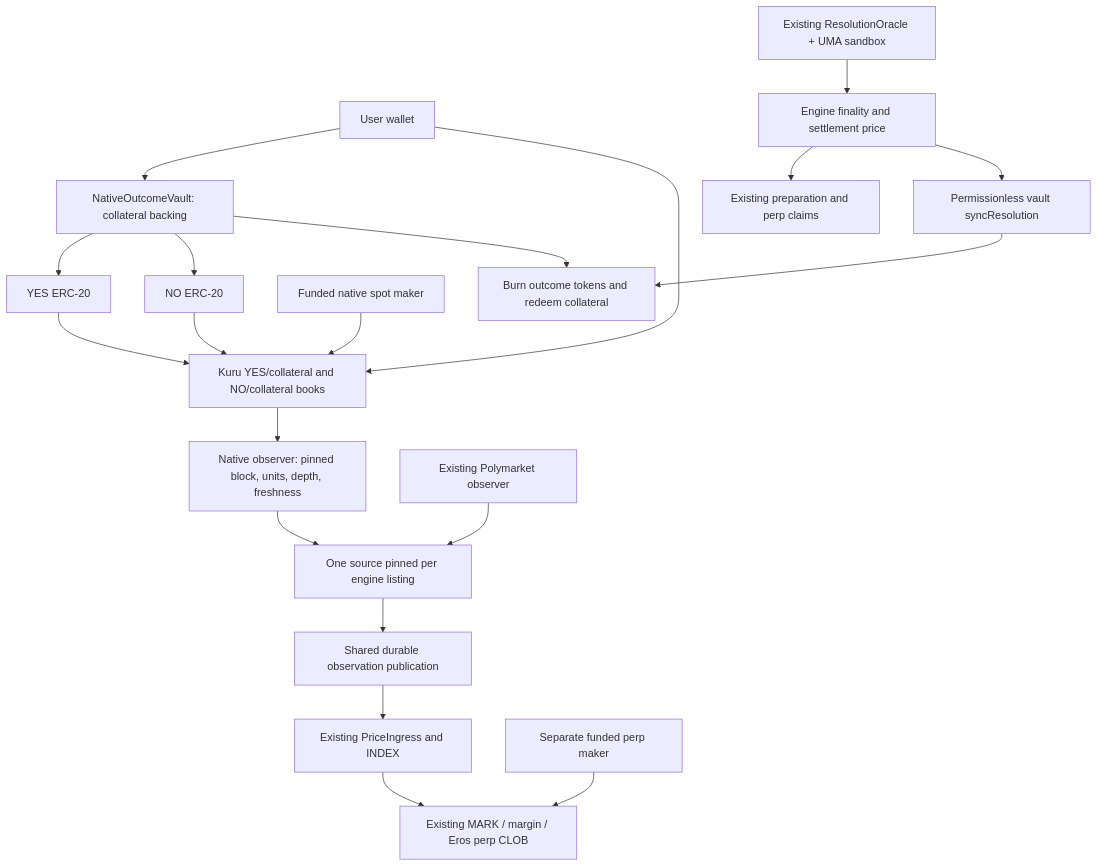
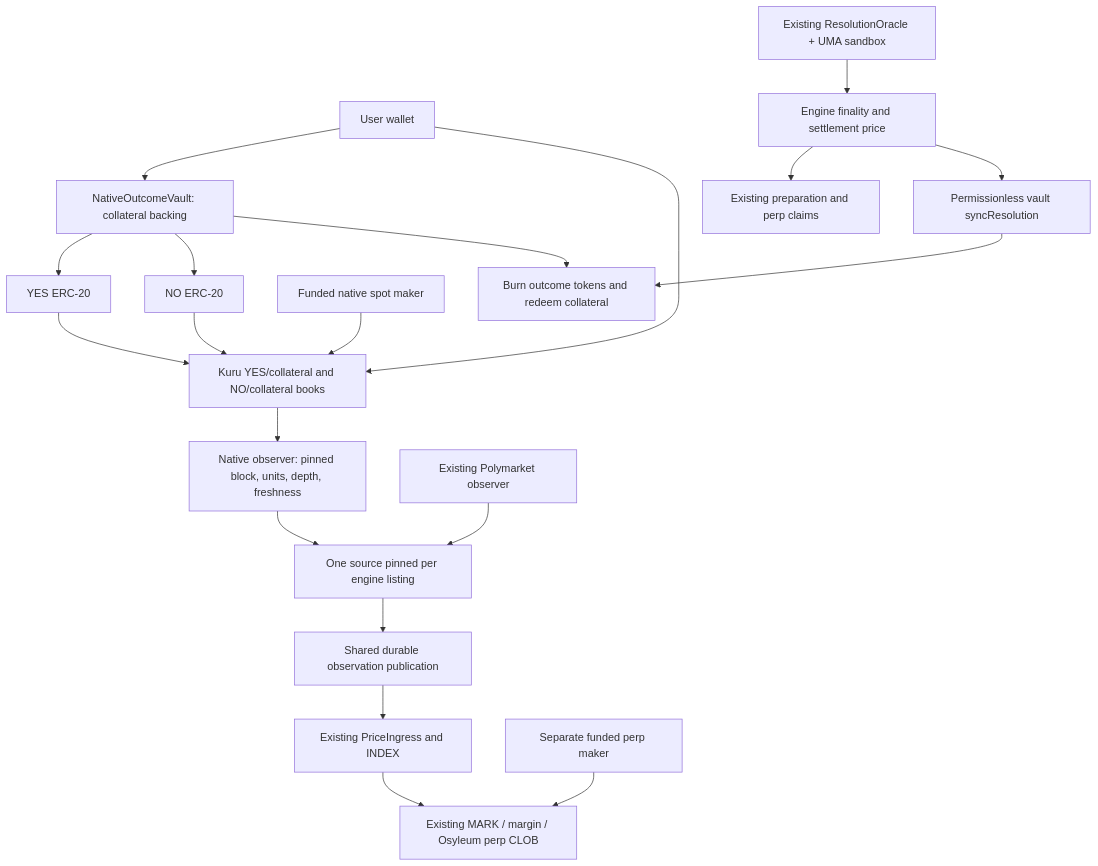
Before and after one commit to xipharis/Olyseum: the second of 2 diagrams in docs/implementation/NATIVE_MARKET_PLAN.md, drawn with Mermaid. The commit also changed other lines of this file and 63 other files, not shown here.

````diff
--- a/docs/implementation/NATIVE_MARKET_PLAN.md
+++ b/docs/implementation/NATIVE_MARKET_PLAN.md
@@ -138,23 +138,23 @@
 ```mermaid
 flowchart TD
     User[User wallet] --> Outcome[NativeOutcomeVault: collateral backing]
     Outcome --> YES[YES ERC-20]
     Outcome --> NO[NO ERC-20]
     YES --> Kuru[Kuru YES/collateral and NO/collateral books]
     NO --> Kuru
     Maker[Funded native spot maker] --> Kuru
     User --> Kuru
     Kuru --> Native[Native observer: pinned block, units, depth, freshness]
     Poly[Existing Polymarket observer] --> Select[One source pinned per engine listing]
     Native --> Select
     Select --> Publish[Shared durable observation publication]
     Publish --> Index[Existing PriceIngress and INDEX]
-    Index --> Perps[Existing MARK / margin / Eros perp CLOB]
+    Index --> Perps[Existing MARK / margin / Osyleum perp CLOB]
     PerpMaker[Separate funded perp maker] --> Perps
 
     Oracle[Existing ResolutionOracle + UMA sandbox] --> Final[Engine finality and settlement price]
     Final --> PerpClaims[Existing preparation and perp claims]
     Final --> Sync[Permissionless vault syncResolution]
     Sync --> Redeem[Burn outcome tokens and redeem collateral]
     Outcome --> Redeem
 ```
````
